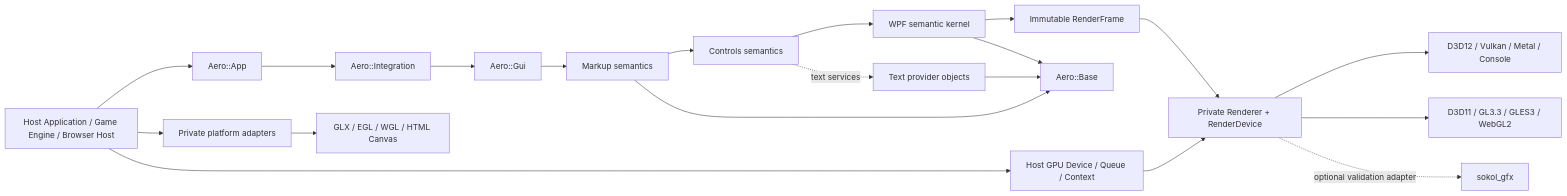
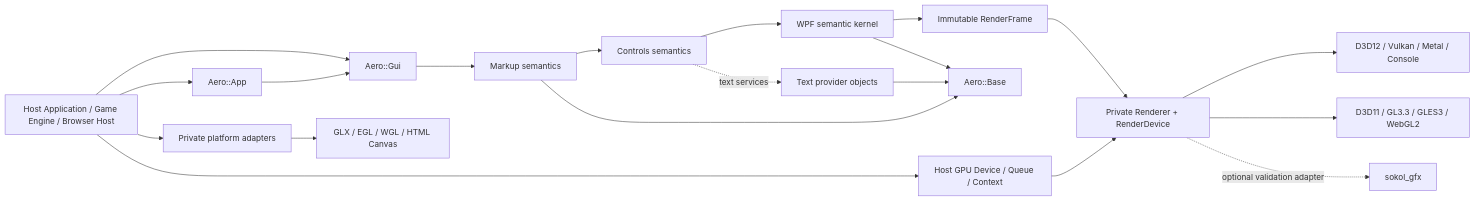
The diagram in README.md (smithw2055-rgb/AeroGUI), drawn with Mermaid before and after one commit. The commit also changed other lines of this file and 9 other files, not shown here.

````diff
--- a/README.md
+++ b/README.md
@@ -121,27 +122,27 @@
 ```mermaid
 flowchart LR
     Host[Host Application / Game Engine / Browser Host] --> Platform[Private platform adapters]
     Host --> App[Aero::App]
+    Host --> Gui[Aero::Gui]
     Host --> Device[Host GPU Device / Queue / Context]
 
-    App --> Integration[Aero::Integration]
-    Integration --> Gui[Aero::Gui]
+    App --> Gui
     Gui --> Markup[Markup semantics]
     Markup --> Controls[Controls semantics]
     Controls --> Kernel[WPF semantic kernel]
     Controls -. text services .-> Text[Text provider objects]
 
     Kernel --> Base[Aero::Base]
     Text --> Base
     Markup --> Base
 
     Kernel --> Frame[Immutable RenderFrame]
     Frame --> Renderer[Private Renderer + RenderDevice]
     Device --> Renderer
 
     Renderer --> Modern[D3D12 / Vulkan / Metal / Console]
     Renderer --> Compat[D3D11 / GL3.3 / GLES3 / WebGL2]
     Renderer -. optional validation adapter .-> Sokol[sokol_gfx]
 
     Platform --> Surface[GLX / EGL / WGL / HTML Canvas]
 ```
````
